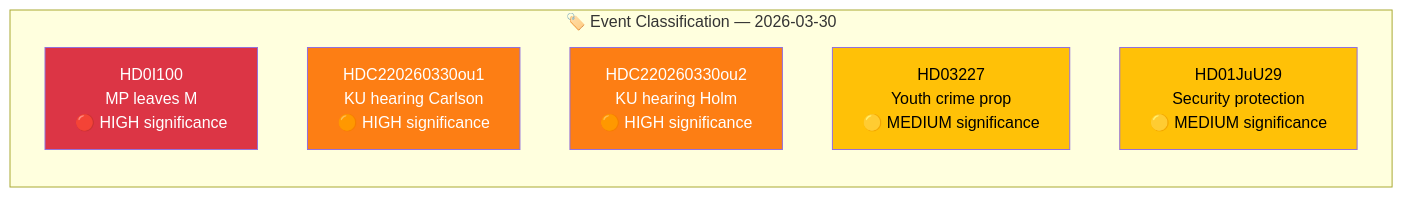
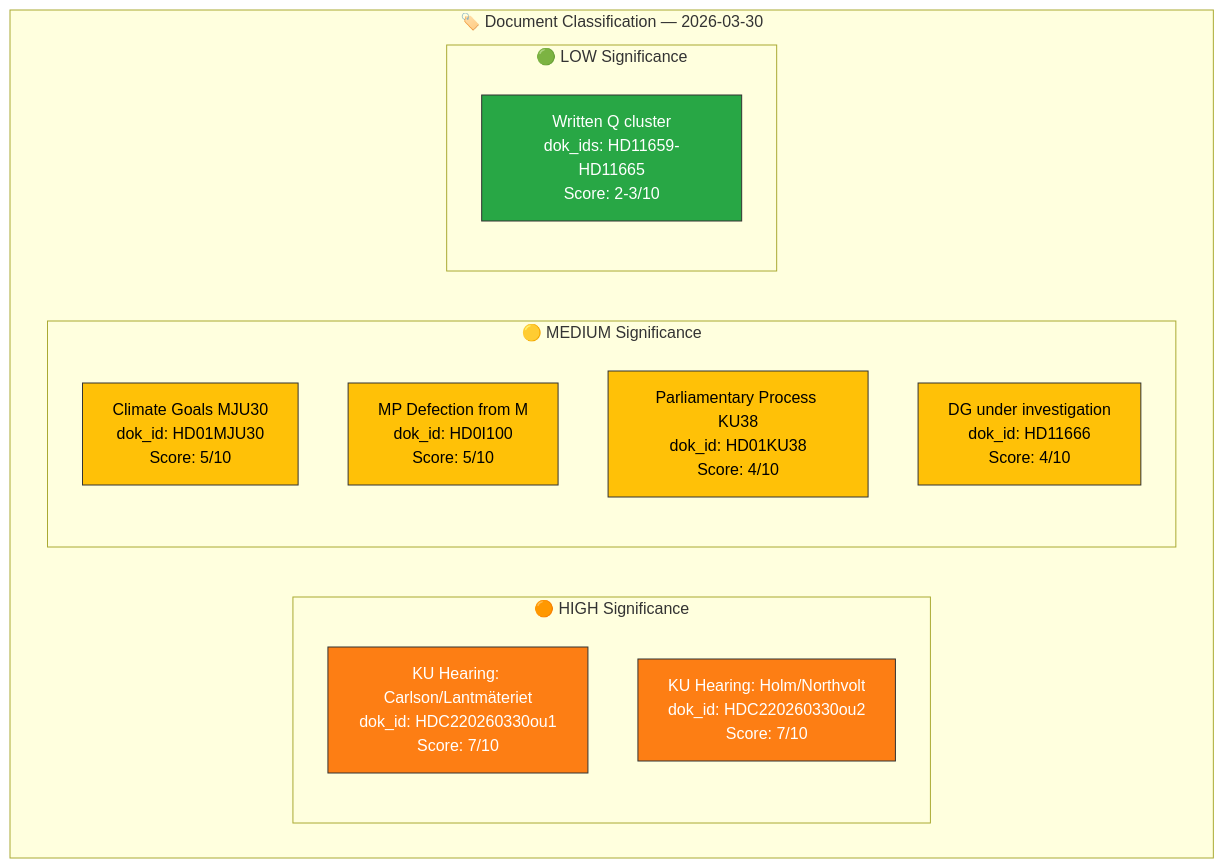
Before and after one commit to Hack23/riksdagsmonitor: the diagram in analysis/daily/2026-03-30/classification-results.md, drawn with Mermaid. The commit also changed other lines of this file and 29 other files, not shown here.

First line of the commit message:
🔴 Breaking: KU Hearings on Northvolt/Lantmäteriet + M Party Defection - 2026-03-30

````diff
--- a/analysis/daily/2026-03-30/classification-results.md
+++ b/analysis/daily/2026-03-30/classification-results.md
@@ -16,16 +22,26 @@
 ```mermaid
-graph LR
-    subgraph "🏷️ Event Classification — 2026-03-30"
-        E1["HD0I100<br/>MP leaves M<br/>🔴 HIGH significance"]
-        E2["HDC220260330ou1<br/>KU hearing Carlson<br/>🟠 HIGH significance"]
-        E3["HDC220260330ou2<br/>KU hearing Holm<br/>🟠 HIGH significance"]
-        E4["HD03227<br/>Youth crime prop<br/>🟡 MEDIUM significance"]
-        E5["HD01JuU29<br/>Security protection<br/>🟡 MEDIUM significance"]
+graph TD
+    subgraph "🏷️ Document Classification — 2026-03-30"
+        subgraph "🟠 HIGH Significance"
+            H1["KU Hearing: Carlson/Lantmäteriet<br/>dok_id: HDC220260330ou1<br/>Score: 7/10"]
+            H2["KU Hearing: Holm/Northvolt<br/>dok_id: HDC220260330ou2<br/>Score: 7/10"]
+        end
+        subgraph "🟡 MEDIUM Significance"
+            M1["Climate Goals MJU30<br/>dok_id: HD01MJU30<br/>Score: 5/10"]
+            M2["MP Defection from M<br/>dok_id: HD0I100<br/>Score: 5/10"]
+            M3["Parliamentary Process KU38<br/>dok_id: HD01KU38<br/>Score: 4/10"]
+            M4["DG under investigation<br/>dok_id: HD11666<br/>Score: 4/10"]
+        end
+        subgraph "🟢 LOW Significance"
+            L1["Written Q cluster<br/>dok_ids: HD11659-HD11665<br/>Score: 2-3/10"]
+        end
     end
 
-    style E1 fill:#dc3545,color:#fff
-    style E2 fill:#fd7e14,color:#fff
-    style E3 fill:#fd7e14,color:#fff
-    style E4 fill:#ffc107,color:#000
-    style E5 fill:#ffc107,color:#000
+    style H1 fill:#fd7e14,stroke:#333,color:#fff
+    style H2 fill:#fd7e14,stroke:#333,color:#fff
+    style M1 fill:#ffc107,stroke:#333,color:#000
+    style M2 fill:#ffc107,stroke:#333,color:#000
+    style M3 fill:#ffc107,stroke:#333,color:#000
+    style M4 fill:#ffc107,stroke:#333,color:#000
+    style L1 fill:#28a745,stroke:#333,color:#fff
 ```
````
